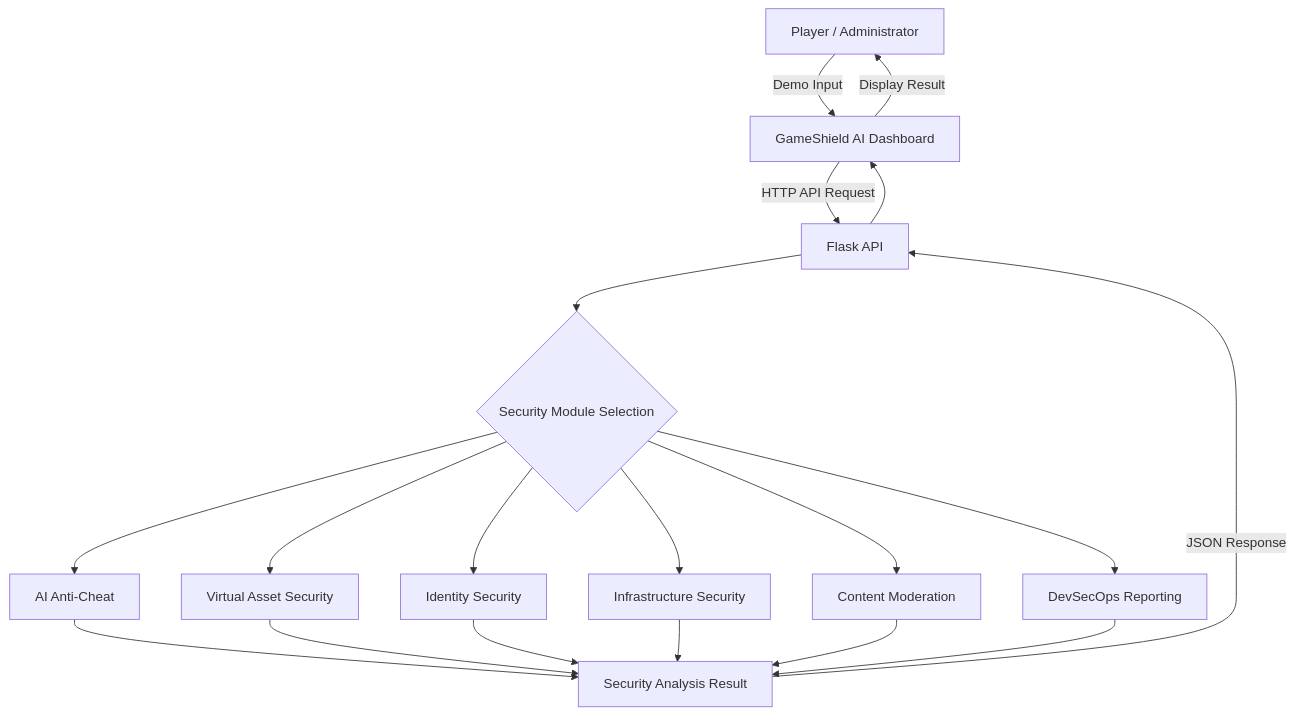
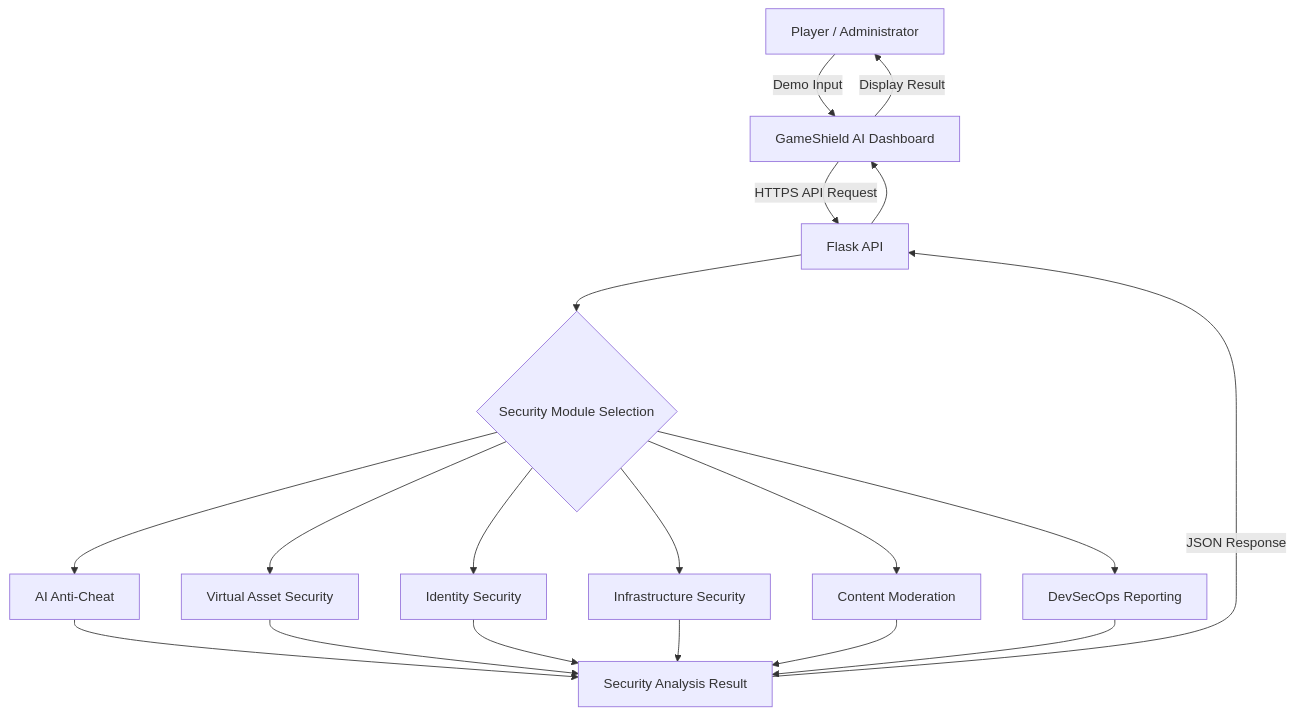
The diagram in docs/diagrams/data_flow_diagram.md (fatima-dev-cloud/GameShield-AI), drawn with Mermaid before and after one commit. The commit also changed other lines of this file and 4 other files, not shown here.

````diff
--- a/docs/diagrams/data_flow_diagram.md
+++ b/docs/diagrams/data_flow_diagram.md
@@ -6,36 +6,36 @@
 ```mermaid
 flowchart TD
     A["Player / Administrator"]
     B["GameShield AI Dashboard"]
     C["Flask API"]
     D{"Security Module Selection"}
     E["AI Anti-Cheat"]
     F["Virtual Asset Security"]
     G["Identity Security"]
     H["Infrastructure Security"]
     I["Content Moderation"]
     J["DevSecOps Reporting"]
     K["Security Analysis Result"]
 
     A -->|"Demo Input"| B
-    B -->|"HTTP API Request"| C
+    B -->|"HTTPS API Request"| C
     C --> D
 
     D --> E
     D --> F
     D --> G
     D --> H
     D --> I
     D --> J
 
     E --> K
     F --> K
     G --> K
     H --> K
     I --> K
     J --> K
 
     K -->|"JSON Response"| C
     C --> B
     B -->|"Display Result"| A
 ```
````
